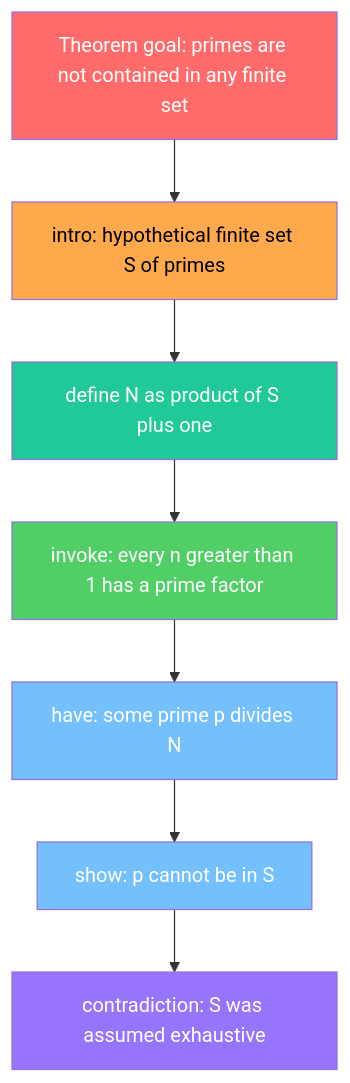
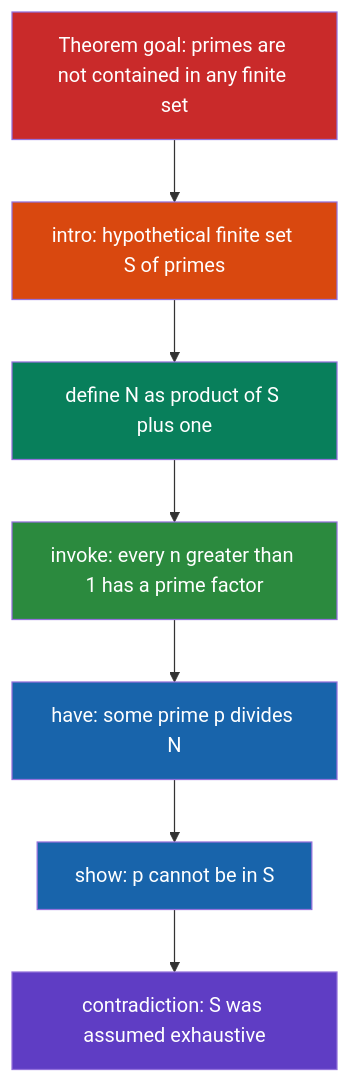
The fourth of 8 diagrams in collaborations/mathematics-database/algorithms-axiomatic-theories-proofs-revised.md (garywelz/progframe), drawn with Mermaid before and after one commit. The commit also changed other lines of this file and 13 other files, not shown here.

First line of the commit message:
Improve figure contrast and label size in math paper PDF

````diff
--- a/collaborations/mathematics-database/algorithms-axiomatic-theories-proofs-revised.md
+++ b/collaborations/mathematics-database/algorithms-axiomatic-theories-proofs-revised.md
@@ -289,18 +289,18 @@
 ```mermaid
 flowchart TD
     T["Theorem goal: primes are not contained in any finite set"]
     G1["intro: hypothetical finite set S of primes"]
     G2["define N as product of S plus one"]
     G3["invoke: every n greater than 1 has a prime factor"]
     G4["have: some prime p divides N"]
     G5["show: p cannot be in S"]
     G6["contradiction: S was assumed exhaustive"]
     T --> G1 --> G2 --> G3 --> G4 --> G5 --> G6
-    style T fill:#ff6b6b,color:#fff
-    style G1 fill:#ffa94d,color:#000
-    style G2 fill:#20c997,color:#fff
-    style G3 fill:#51cf66,color:#fff
-    style G4 fill:#74c0fc,color:#fff
-    style G5 fill:#74c0fc,color:#fff
-    style G6 fill:#9775fa,color:#fff
+    style T fill:#c92a2a,color:#fff
+    style G1 fill:#d9480f,color:#fff
+    style G2 fill:#087f5b,color:#fff
+    style G3 fill:#2b8a3e,color:#fff
+    style G4 fill:#1864ab,color:#fff
+    style G5 fill:#1864ab,color:#fff
+    style G6 fill:#5f3dc4,color:#fff
 ```
````
